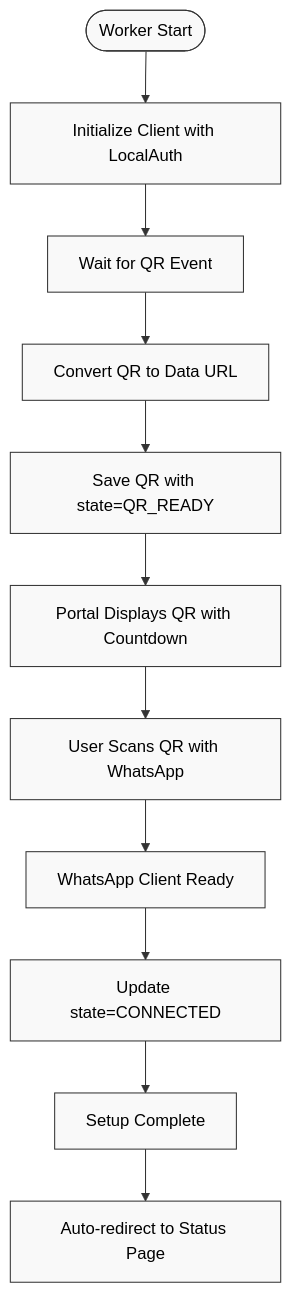
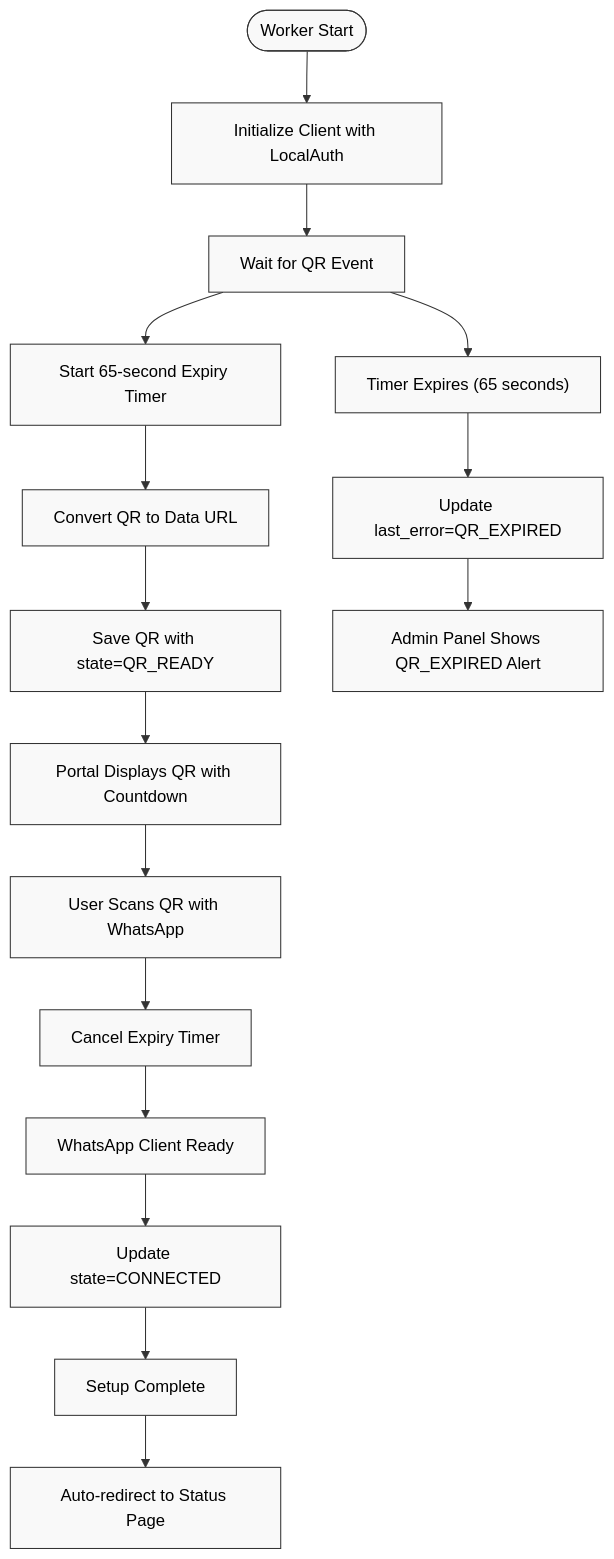
One commit to askchiwa-spec/FLOW-HQ-BOT changed the fifth of 8 diagrams in .qoder/repowiki/en/content/WhatsApp Integration/WhatsApp Integration.md. Above: the diagram before and after it, drawn with Mermaid. The commit also changed other lines of this file and 27 other files, not shown here.

````diff
--- a/.qoder/repowiki/en/content/WhatsApp Integration/WhatsApp Integration.md
+++ b/.qoder/repowiki/en/content/WhatsApp Integration/WhatsApp Integration.md
@@ -290,14 +314,19 @@
 ```mermaid
 flowchart TD
 Start(["Worker Start"]) --> Init["Initialize Client with LocalAuth"]
 Init --> QR["Wait for QR Event"]
-QR --> QRProcessing["Convert QR to Data URL"]
+QR --> StartTimer["Start 65-second Expiry Timer"]
+StartTimer --> QRProcessing["Convert QR to Data URL"]
 QRProcessing --> SaveQR["Save QR with state=QR_READY"]
 SaveQR --> Portal["Portal Displays QR with Countdown"]
 Portal --> UserScan["User Scans QR with WhatsApp"]
-UserScan --> WAReady["WhatsApp Client Ready"]
+UserScan --> CancelTimer["Cancel Expiry Timer"]
+CancelTimer --> WAReady["WhatsApp Client Ready"]
 WAReady --> UpdateConnected["Update state=CONNECTED"]
 UpdateConnected --> SetupComplete["Setup Complete"]
 SetupComplete --> PortalRedirect["Auto-redirect to Status Page"]
+QR --> TimerExpired["Timer Expires (65 seconds)"]
+TimerExpired --> UpdateQRExpired["Update last_error=QR_EXPIRED"]
+UpdateQRExpired --> PortalAlert["Admin Panel Shows QR_EXPIRED Alert"]
 classDef default fill:#f9f9f9,stroke:#333,color:#000
 ```
````
